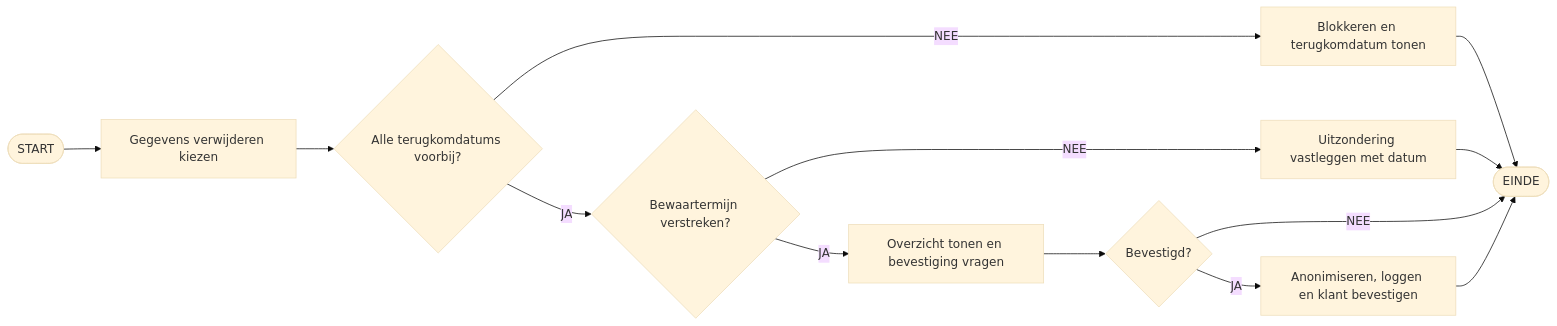
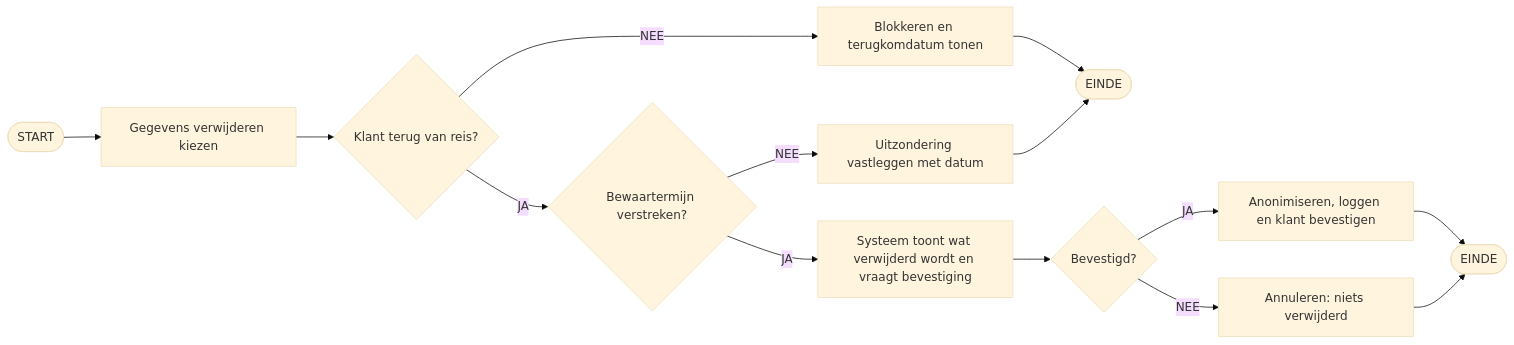
Diagram 12 of 13 in docs/ontwerp/use-cases-klantenservice.md (VoyageVista1/GroepInkoop), drawn with Mermaid (base theme) before and after one commit. The commit also changed other lines of this file and 3 other files, not shown here.

````diff
--- a/docs/ontwerp/use-cases-klantenservice.md
+++ b/docs/ontwerp/use-cases-klantenservice.md
@@ -231,10 +589,28 @@
 ```mermaid
 flowchart LR
-    S(["START"]) --> A["Gegevens verwijderen kiezen"] --> B{"Alle terugkomdatums voorbij?"}
-    B -- "NEE" --> C["Blokkeren en terugkomdatum tonen"] --> Z(["EINDE"])
-    B -- "JA" --> D{"Bewaartermijn verstreken?"}
-    D -- "NEE" --> E["Uitzondering vastleggen met datum"] --> Z
-    D -- "JA" --> F["Overzicht tonen en bevestiging vragen"] --> G{"Bevestigd?"}
-    G -- "NEE" --> Z
-    G -- "JA" --> H["Anonimiseren, loggen en klant bevestigen"] --> Z
+    N0(["START"])
+    N1["Gegevens verwijderen kiezen"]
+    N2{"Klant terug van reis?"}
+    N3["Blokkeren en terugkomdatum tonen"]
+    N4(["EINDE"])
+    N5{"Bewaartermijn verstreken?"}
+    N6["Uitzondering vastleggen met datum"]
+    N7["Systeem toont wat verwijderd wordt en vraagt bevestiging"]
+    N8{"Bevestigd?"}
+    N9["Annuleren: niets verwijderd"]
+    N10["Anonimiseren, loggen en klant bevestigen"]
+    N11(["EINDE"])
+    N0 --> N1
+    N1 --> N2
+    N2 -- "NEE" --> N3
+    N3 --> N4
+    N2 -- "JA" --> N5
+    N6 --> N4
+    N5 -- "NEE" --> N6
+    N5 -- "JA" --> N7
+    N7 --> N8
+    N8 -- "NEE" --> N9
+    N8 -- "JA" --> N10
+    N10 --> N11
+    N9 --> N11
 ```
````
